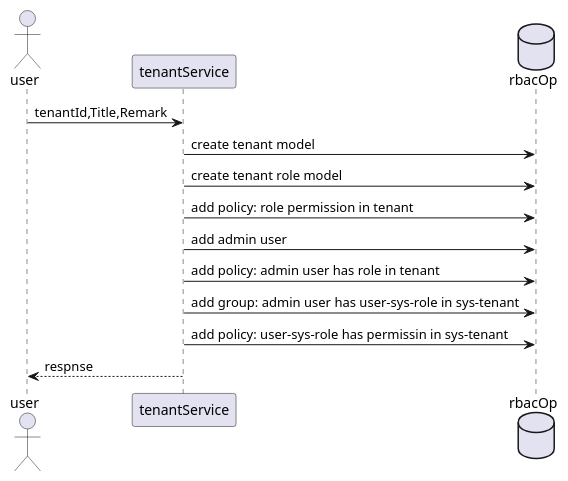
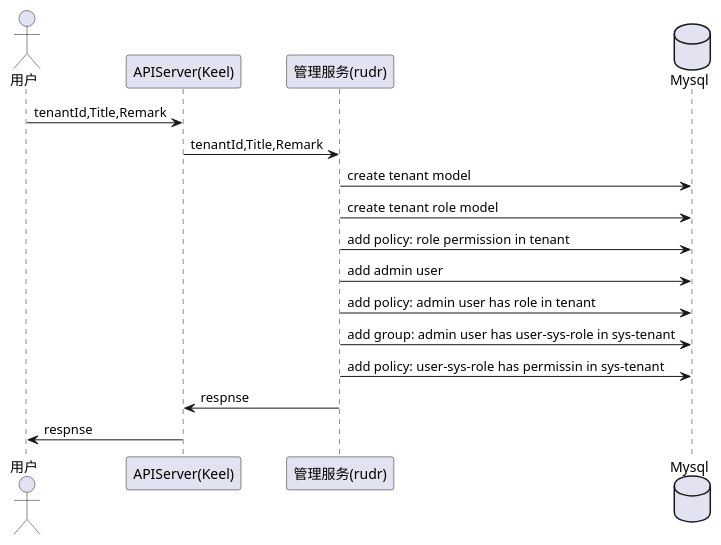
Before and after one commit to tkeel-io/docs: diagram 14 of 23 in docs/api/appendix/plantuml/rudder.md, drawn with PlantUML. The commit also changed other lines of this file and 4 other files, not shown here.

Commit message:
feat:user&tenant&monitor uml

````diff
--- a/docs/api/appendix/plantuml/rudder.md
+++ b/docs/api/appendix/plantuml/rudder.md
@@ -313,15 +312,18 @@
 ```plantuml
-actor user
-participant tenantService
-database rbacOp
+actor 用户 as user
+participant "APIServer(Keel)"  as keel
+participant "管理服务(rudr)"  as tenantService
+database "Mysql" as rbacOp
 
-user->tenantService:tenantId,Title,Remark
+user->keel:tenantId,Title,Remark
+keel->tenantService:tenantId,Title,Remark
 tenantService->rbacOp:create tenant model
 tenantService->rbacOp:create tenant role model
 tenantService->rbacOp:add policy: role permission in tenant
 tenantService->rbacOp:add admin user
 tenantService->rbacOp:add policy: admin user has role in tenant
 tenantService->rbacOp:add group: admin user has user-sys-role in sys-tenant
 tenantService->rbacOp:add policy: user-sys-role has permissin in sys-tenant
-tenantService-->user:respnse
+tenantService->keel:respnse
+keel->user:respnse
 ```
````
